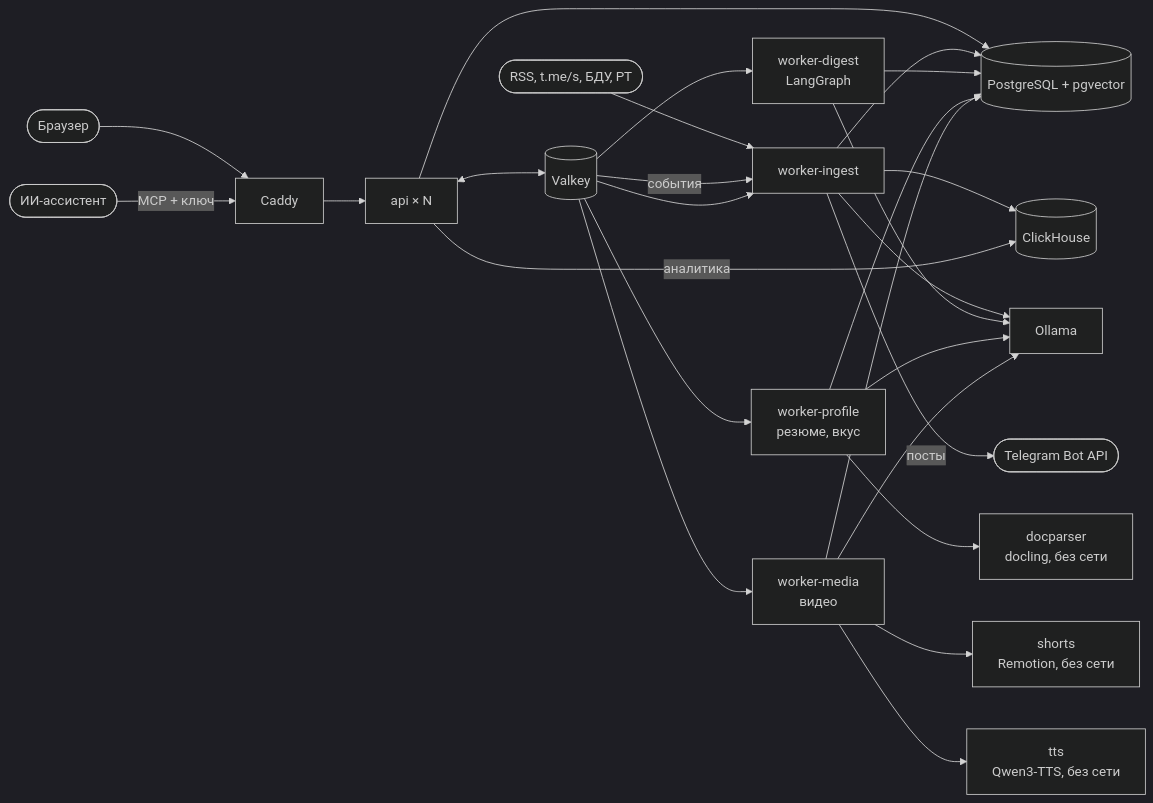
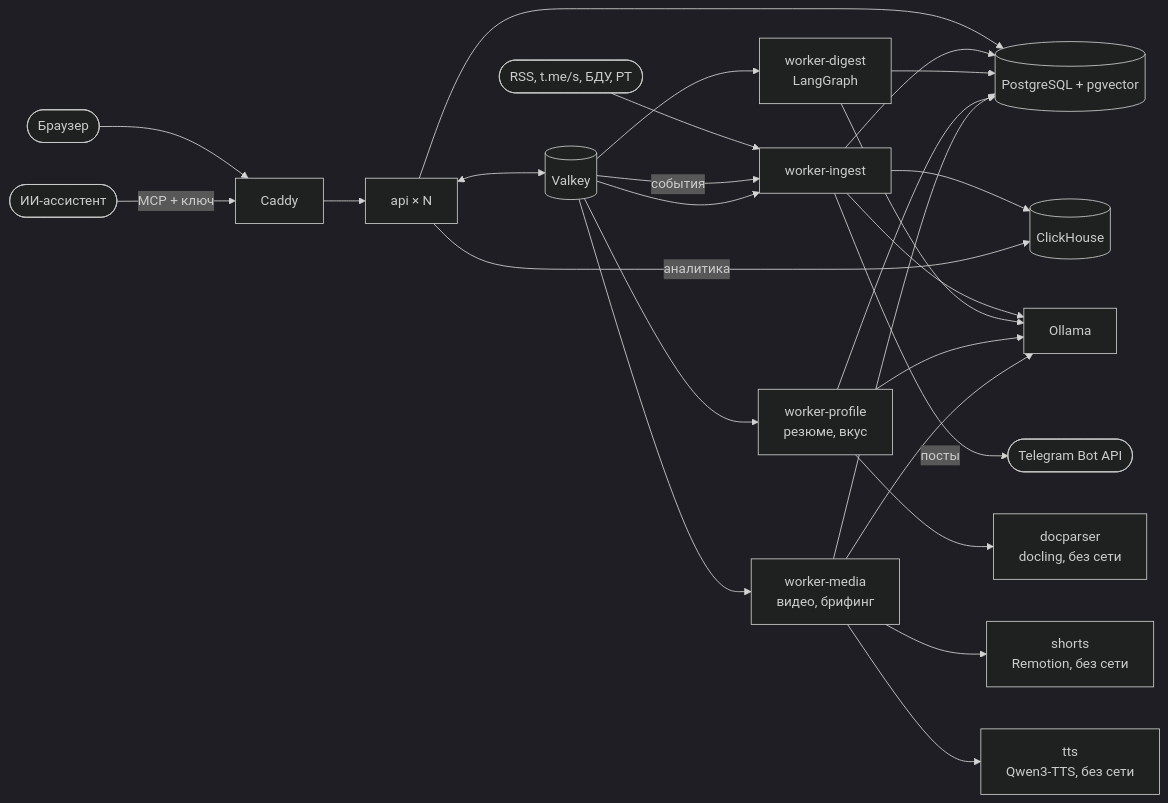
One commit to verikirill/scrap-and-grep changed the diagram in README.md. Above: the diagram before and after it, drawn with Mermaid (dark theme). The commit also changed other lines of this file and 5 other files, not shown here.

````diff
--- a/README.md
+++ b/README.md
@@ -307,28 +314,28 @@
 ```mermaid
 flowchart LR
     feeds([RSS, t.me/s, БДУ, PT]) --> wi[worker-ingest]
     browser([Браузер]) --> web[Caddy]
     web --> api[api × N]
     api --> pg[(PostgreSQL + pgvector)]
     api <--> vk[(Valkey)]
     vk -- события --> wi
     wi --> ch[(ClickHouse)]
     api -- аналитика --> ch
     vk --> wi
     vk --> wd[worker-digest<br/>LangGraph]
     vk --> wp[worker-profile<br/>резюме, вкус]
     wp --> dp[docparser<br/>docling, без сети]
-    vk --> wm[worker-media<br/>видео]
+    vk --> wm[worker-media<br/>видео, брифинг]
     wm --> sh[shorts<br/>Remotion, без сети]
     wm --> tts[tts<br/>Qwen3-TTS, без сети]
     wi --> pg
     wd --> pg
     wp --> pg
     wm --> pg
     wi --> ollama[Ollama]
     wd --> ollama
     wp --> ollama
     wm --> ollama
     wi -- посты --> tg([Telegram Bot API])
     ai([ИИ-ассистент]) -- MCP + ключ --> web
 ```
````
